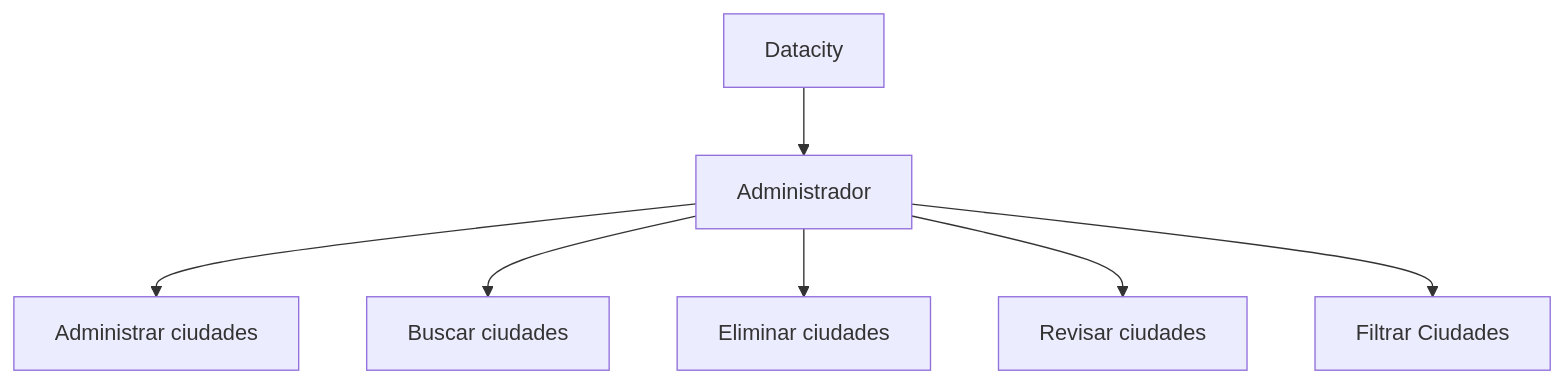
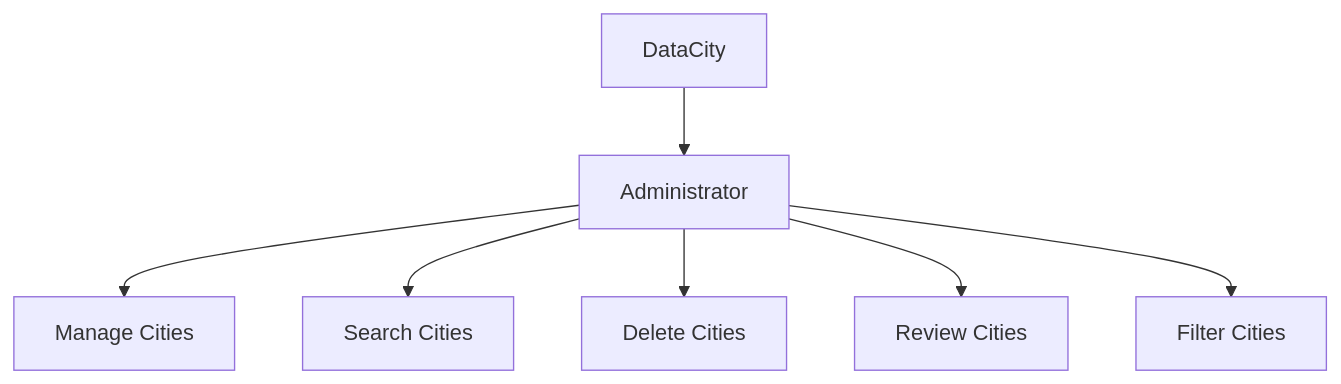
Before and after one commit to DLeonardoG/DataCity: the diagram in README.md, drawn with Mermaid. The commit also changed other lines of this file, not shown here.

````diff
--- a/README.md
+++ b/README.md
@@ -49,9 +48,9 @@
 ```mermaid
 graph TD
-    A[Datacity] --> B[Administrador]
-    B --> D[Administrar ciudades]
-    B --> E[Buscar ciudades]
-    B --> F[Eliminar ciudades]
-    B --> G[Revisar ciudades]
-    B --> H[Filtrar Ciudades]
+    A[DataCity] --> B[Administrator]
+    B --> D[Manage Cities]
+    B --> E[Search Cities]
+    B --> F[Delete Cities]
+    B --> G[Review Cities]
+    B --> H[Filter Cities]
 ```
````
